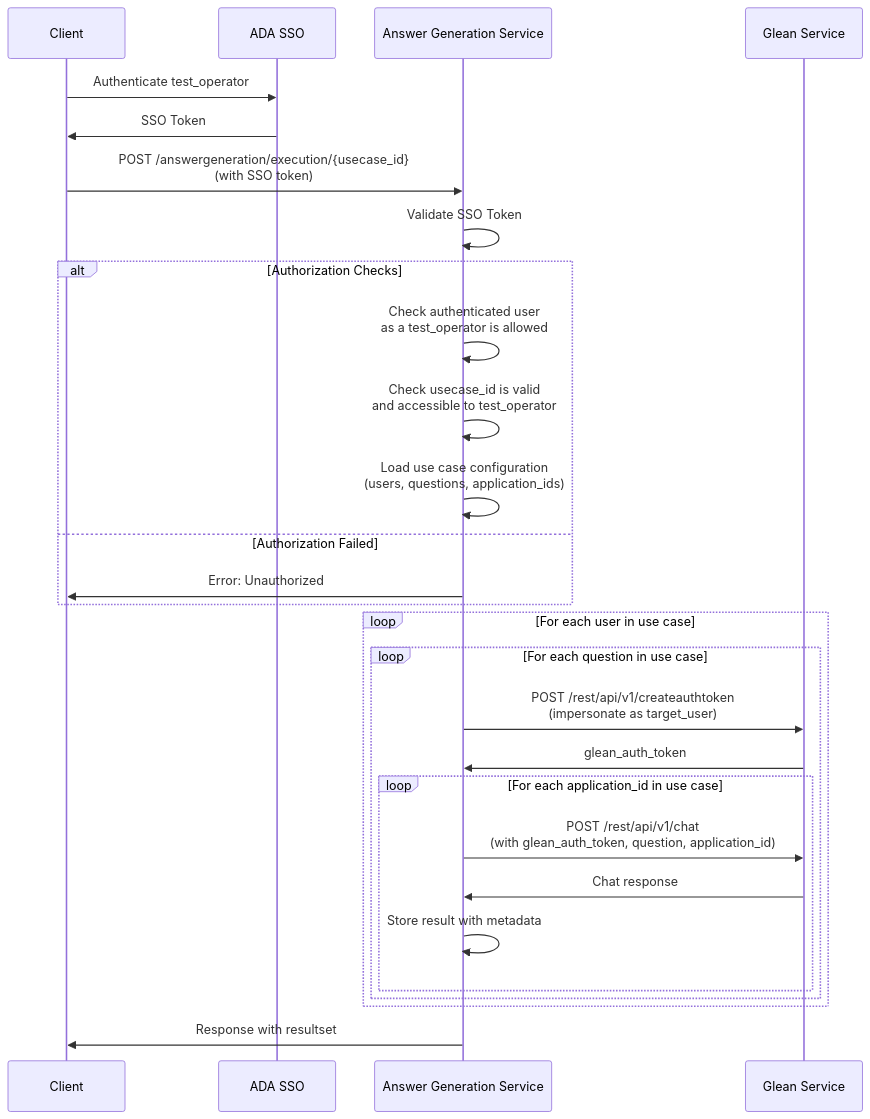
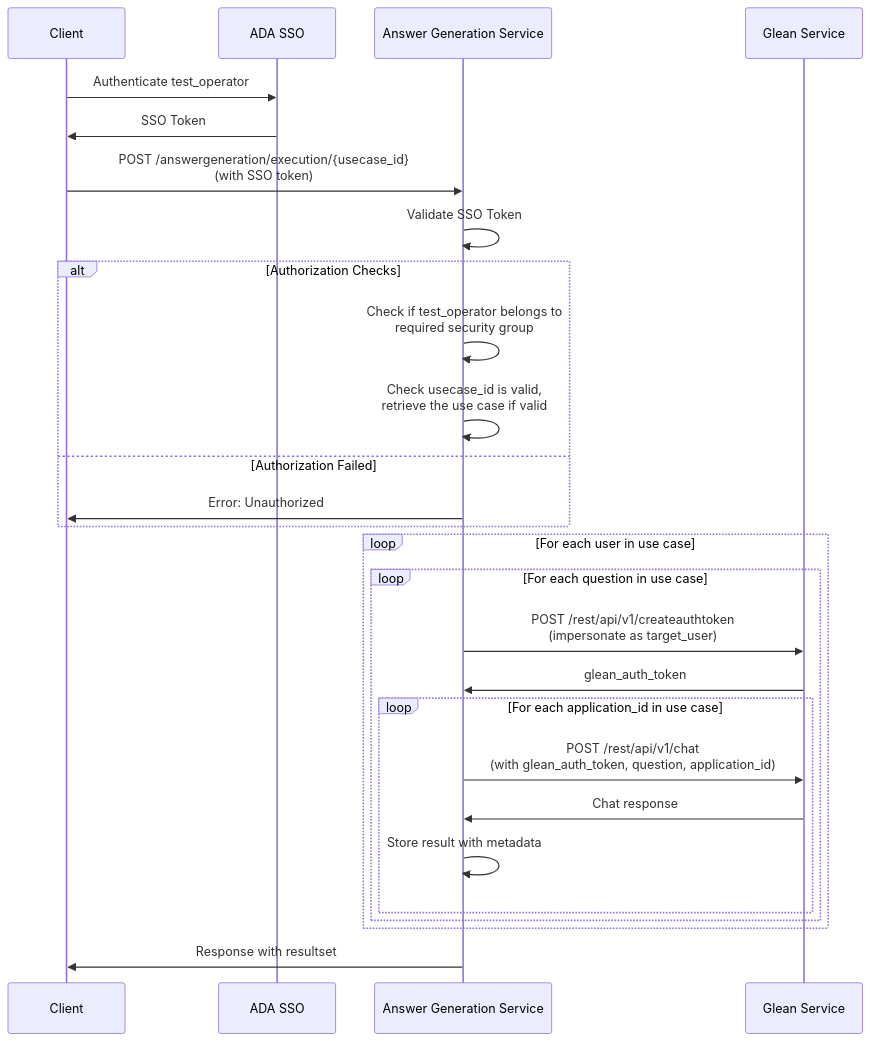
One commit to andrewhzy/test-automation changed the second of 2 diagrams in answer-generation-architecture.md. Above: the diagram before and after it, drawn with Mermaid. The commit also changed other lines of this file, not shown here.

````diff
--- a/answer-generation-architecture.md
+++ b/answer-generation-architecture.md
@@ -50,34 +50,33 @@
 ```mermaid
 sequenceDiagram
     participant C as Client
     participant SSO as ADA SSO
     participant TA as Answer Generation Service
     participant G as Glean Service
     
     C->>SSO: Authenticate test_operator
     SSO->>C: SSO Token
     C->>TA: POST /answergeneration/execution/{usecase_id} <br/>(with SSO token)
     TA->>TA: Validate SSO Token
     
     alt Authorization Checks
-        TA->>TA: Check authenticated user <br/>as a test_operator is allowed
-        TA->>TA: Check usecase_id is valid <br/>and accessible to test_operator
-        TA->>TA: Load use case configuration <br/>(users, questions, application_ids)
+        TA->>TA: Check if test_operator belongs to <br/>required security group
+        TA->>TA: Check usecase_id is valid, <br/> retrieve the use case if valid
     else Authorization Failed
         TA->>C: Error: Unauthorized
     end
     
     loop For each user in use case
         loop For each question in use case
             TA->>G: POST /rest/api/v1/createauthtoken <br/>(impersonate as target_user)
             G->>TA: glean_auth_token
             loop For each application_id in use case
                 TA->>G: POST /rest/api/v1/chat<br/> (with glean_auth_token, question, application_id)
                 G->>TA: Chat response
                 TA->>TA: Store result with metadata
             end
         end
     end
 
     TA->>C: Response with resultset
 ```
````
